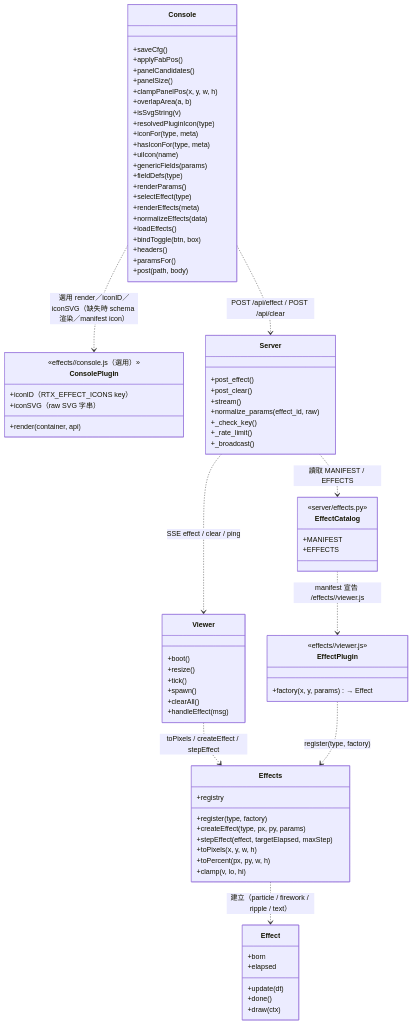
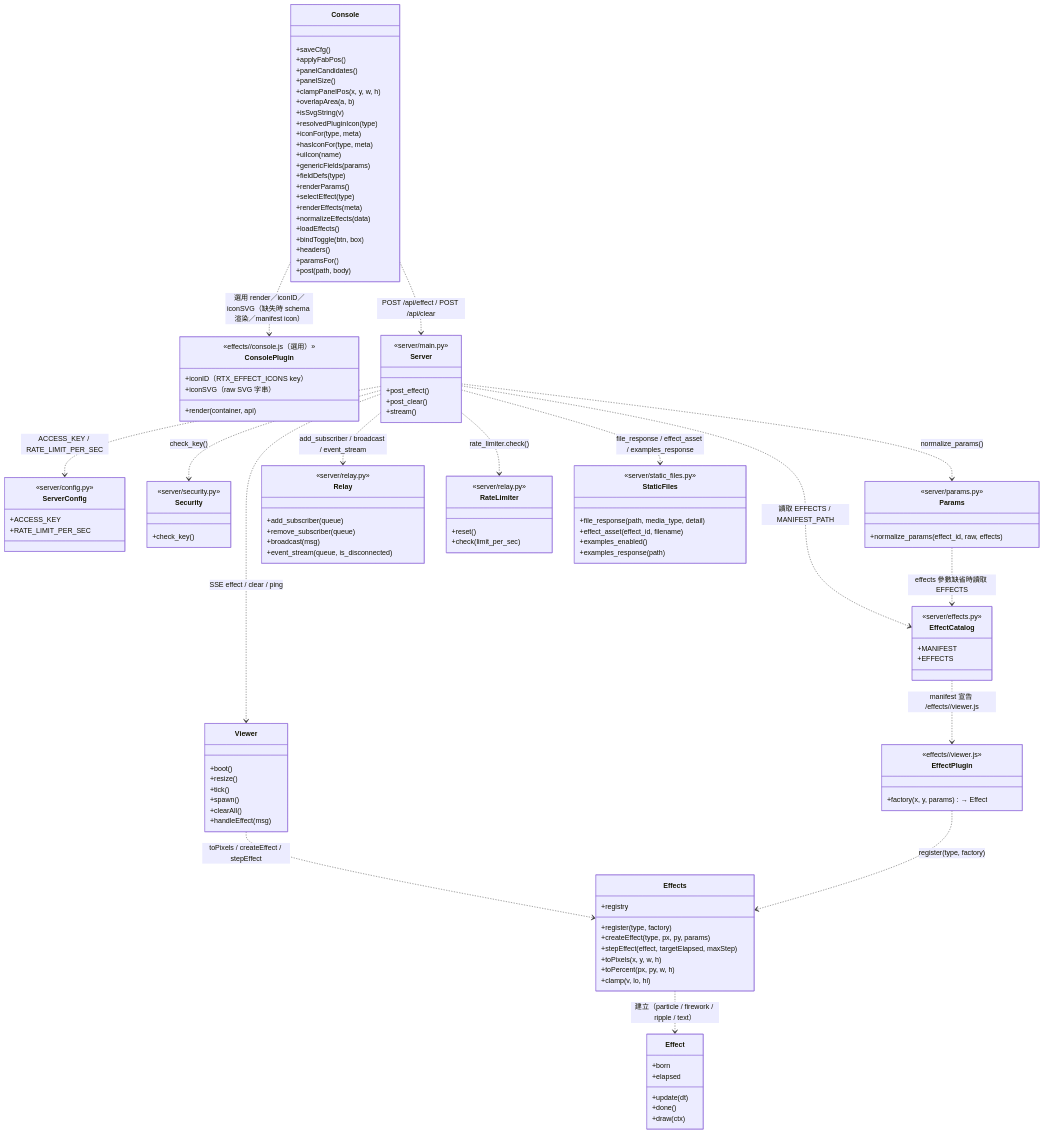
Before and after one commit to zivngit/Real-time-Interaction-html: the fifth of 6 diagrams in docs/agents/CALL_GRAPH.md, drawn with Mermaid. The commit also changed other lines of this file and 8 other files, not shown here.

````diff
--- a/docs/agents/CALL_GRAPH.md
+++ b/docs/agents/CALL_GRAPH.md
@@ -186,14 +186,43 @@
         +MANIFEST
         +EFFECTS
     }
+    class ServerConfig {
+        <<server/config.py>>
+        +ACCESS_KEY
+        +RATE_LIMIT_PER_SEC
+    }
+    class Security {
+        <<server/security.py>>
+        +check_key()
+    }
+    class Params {
+        <<server/params.py>>
+        +normalize_params(effect_id, raw, effects)
+    }
+    class Relay {
+        <<server/relay.py>>
+        +add_subscriber(queue)
+        +remove_subscriber(queue)
+        +broadcast(msg)
+        +event_stream(queue, is_disconnected)
+    }
+    class RateLimiter {
+        <<server/relay.py>>
+        +reset()
+        +check(limit_per_sec)
+    }
+    class StaticFiles {
+        <<server/static_files.py>>
+        +file_response(path, media_type, detail)
+        +effect_asset(effect_id, filename)
+        +examples_enabled()
+        +examples_response(path)
+    }
     class Server {
+        <<server/main.py>>
         +post_effect()
         +post_clear()
         +stream()
-        +normalize_params(effect_id, raw)
-        +_check_key()
-        +_rate_limit()
-        +_broadcast()
     }
     class Console {
         +saveCfg()
@@ -224,7 +253,14 @@
     Effects ..> Effect : 建立（particle / firework / ripple / text）
     Console ..> ConsolePlugin : 選用 render／iconID／iconSVG（缺失時 schema 渲染／manifest icon）
     Console ..> Server : POST /api/effect / POST /api/clear
-    Server ..> EffectCatalog : 讀取 MANIFEST / EFFECTS
+    Server ..> EffectCatalog : 讀取 EFFECTS / MANIFEST_PATH
+    Server ..> ServerConfig : ACCESS_KEY / RATE_LIMIT_PER_SEC
+    Server ..> Security : check_key()
+    Server ..> Params : normalize_params()
+    Server ..> Relay : add_subscriber / broadcast / event_stream
+    Server ..> RateLimiter : rate_limiter.check()
+    Server ..> StaticFiles : file_response / effect_asset / examples_response
+    Params ..> EffectCatalog : effects 參數缺省時讀取 EFFECTS
     EffectCatalog ..> EffectPlugin : manifest 宣告 /effects/<id>/viewer.js
     Server ..> Viewer : SSE effect / clear / ping
 ```
````
